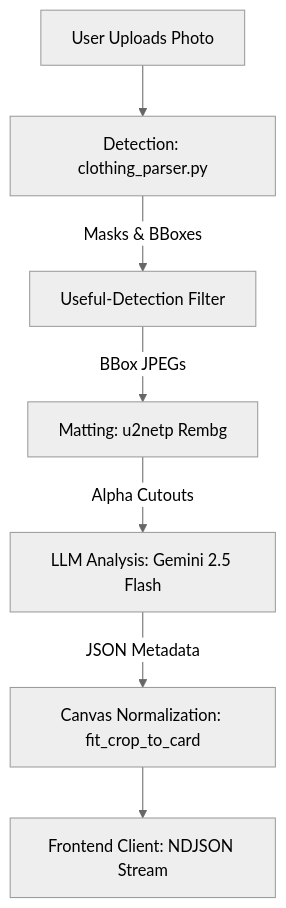
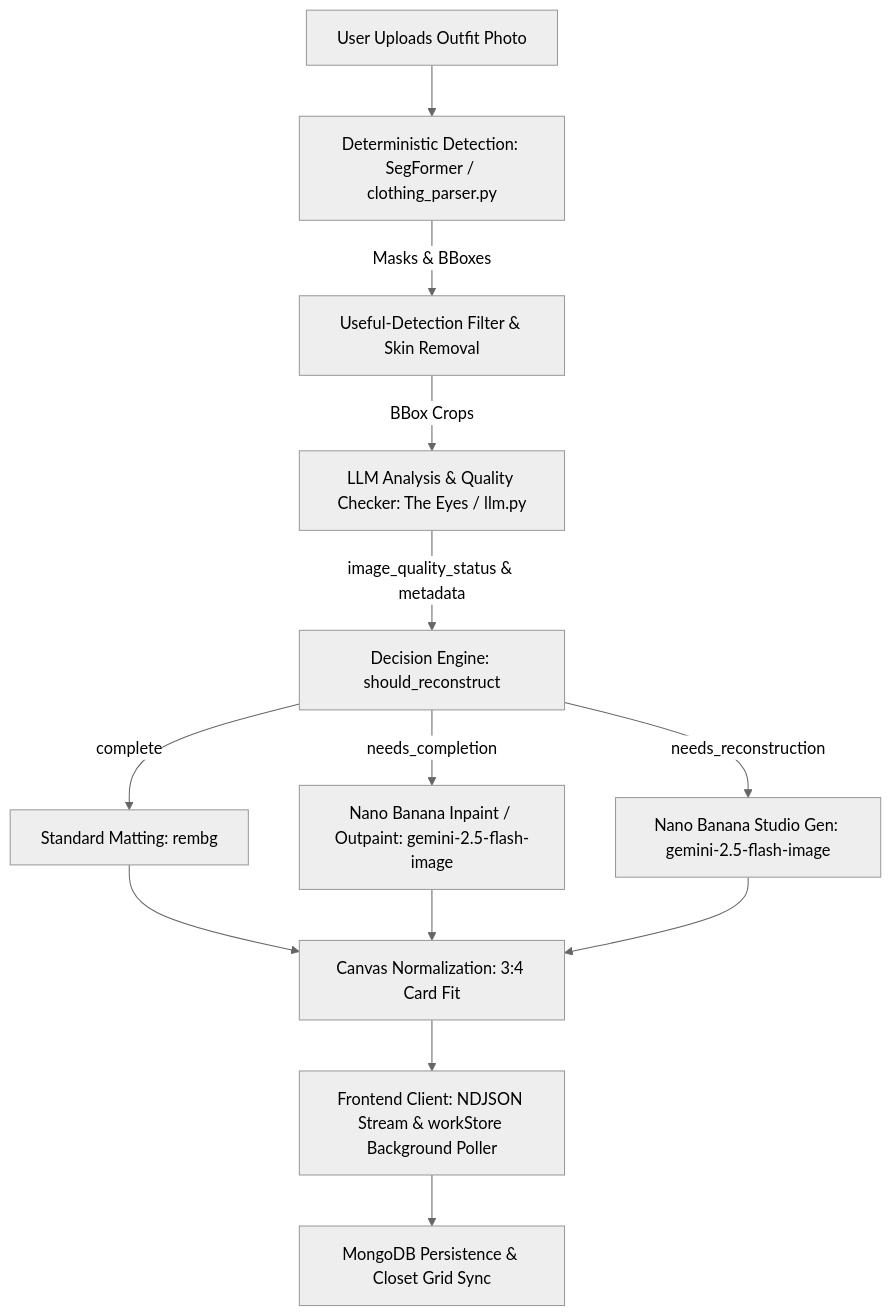
Before and after one commit to Yoram-Jacobs/DressAppV1: the diagram in frontend/public/wiki/en/garmentvision.md, drawn with Mermaid (neutral theme). The commit also changed other lines of this file and 11 other files, not shown here.

Commit message:
docs: update garmentvision, adding_clothes, and user manual with Quality Checker, Image Completion, and Studio Reconstruction across all 13 languages

````diff
--- a/frontend/public/wiki/en/garmentvision.md
+++ b/frontend/public/wiki/en/garmentvision.md
@@ -16,9 +18,17 @@
 ```mermaid
 graph TD
-    A[User Uploads Photo] --> B[Detection: clothing_parser.py]
-    B -->|Masks & BBoxes| C[Useful-Detection Filter]
-    C -->|BBox JPEGs| D[Matting: u2netp Rembg]
-    D -->|Alpha Cutouts| E[LLM Analysis: Gemini 2.5 Flash]
-    E -->|JSON Metadata| F[Canvas Normalization: fit_crop_to_card]
-    F --> G[Frontend Client: NDJSON Stream]
+    A[User Uploads Outfit Photo] --> B[Deterministic Detection: SegFormer / clothing_parser.py]
+    B -->|Masks & BBoxes| C[Useful-Detection Filter & Skin Removal]
+    C -->|BBox Crops| D[LLM Analysis & Quality Checker: The Eyes / llm.py]
+    D -->|image_quality_status & metadata| E[Decision Engine: should_reconstruct]
+    
+    E -->|complete| F[Standard Matting: rembg]
+    E -->|needs_completion| G[Nano Banana Inpaint / Outpaint: gemini-2.5-flash-image]
+    E -->|needs_reconstruction| H[Nano Banana Studio Gen: gemini-2.5-flash-image]
+    
+    F --> I[Canvas Normalization: 3:4 Card Fit]
+    G --> I
+    H --> I
+    I --> J[Frontend Client: NDJSON Stream & workStore Background Poller]
+    J --> K[MongoDB Persistence & Closet Grid Sync]
 ```
````
